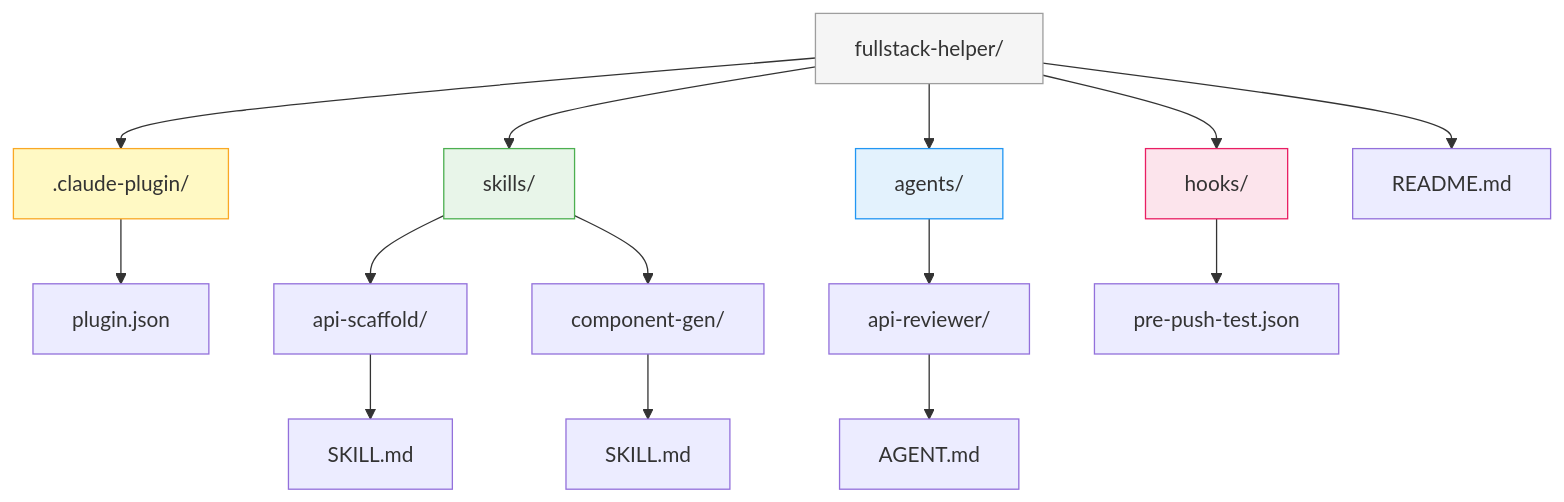
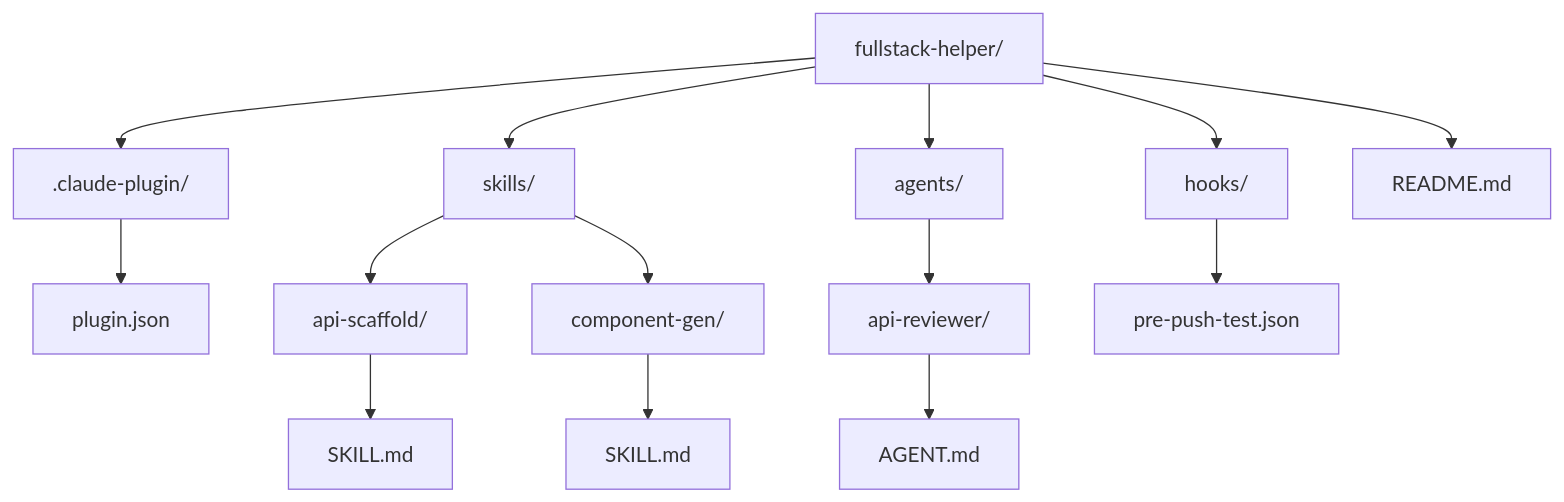
Before and after one commit to IzzetYasinAtes/ClaudeCodeHandbook: the third of 8 diagrams in 12-skills-ve-pluginler/05-plugin-olusturma-ve-dagitim.md, drawn with Mermaid. The commit also changed other lines of this file and 97 other files, not shown here.

Commit message:
Remove all custom Mermaid style/fill colors from 98 markdown files for consistent dark theme rendering

````diff
--- a/12-skills-ve-pluginler/05-plugin-olusturma-ve-dagitim.md
+++ b/12-skills-ve-pluginler/05-plugin-olusturma-ve-dagitim.md
@@ -99,27 +99,22 @@
 ```mermaid
 flowchart TD
     ROOT["fullstack-helper/"] --> PLUGIN_DIR[".claude-plugin/"]
     ROOT --> SKILLS["skills/"]
     ROOT --> AGENTS["agents/"]
     ROOT --> HOOKS["hooks/"]
     ROOT --> README["README.md"]
 
     PLUGIN_DIR --> MANIFEST["plugin.json"]
 
     SKILLS --> SK1["api-scaffold/"]
     SKILLS --> SK2["component-gen/"]
 
     SK1 --> SK1F["SKILL.md"]
     SK2 --> SK2F["SKILL.md"]
 
     AGENTS --> AG1["api-reviewer/"]
     AG1 --> AG1F["AGENT.md"]
 
     HOOKS --> HK1["pre-push-test.json"]
 
-    style ROOT fill:#f5f5f5,stroke:#9e9e9e
-    style PLUGIN_DIR fill:#fff9c4,stroke:#f9a825
-    style SKILLS fill:#e8f5e9,stroke:#4caf50
-    style AGENTS fill:#e3f2fd,stroke:#2196f3
-    style HOOKS fill:#fce4ec,stroke:#e91e63
 ```
````
